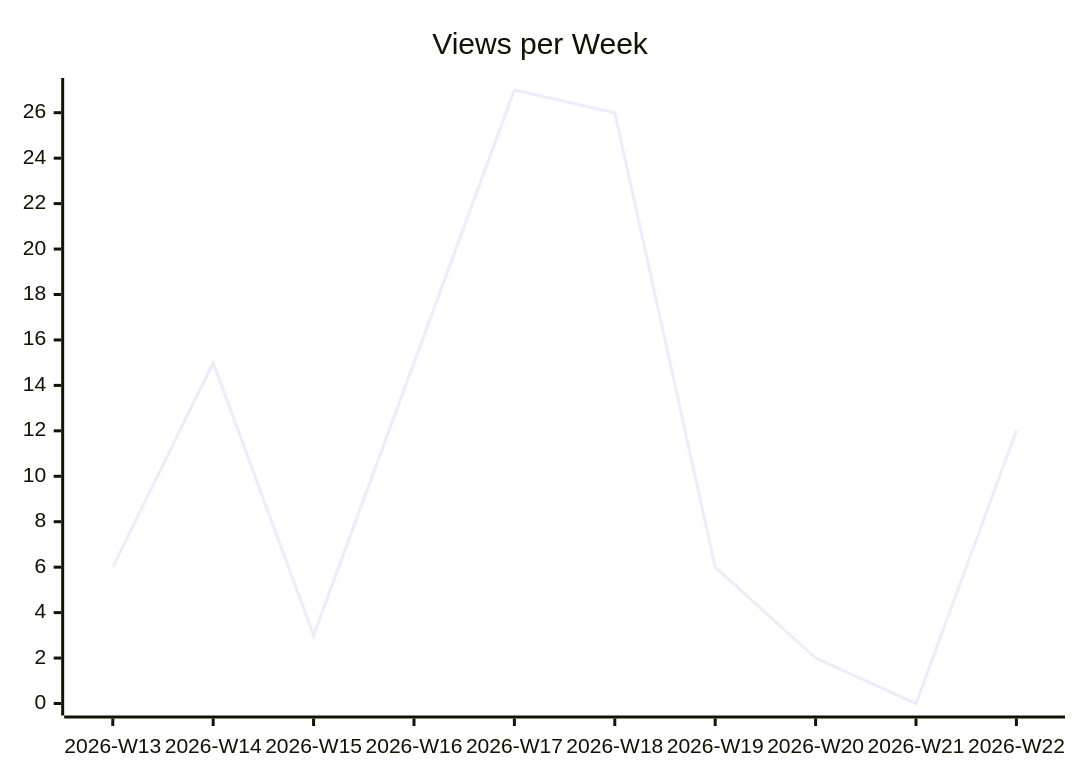
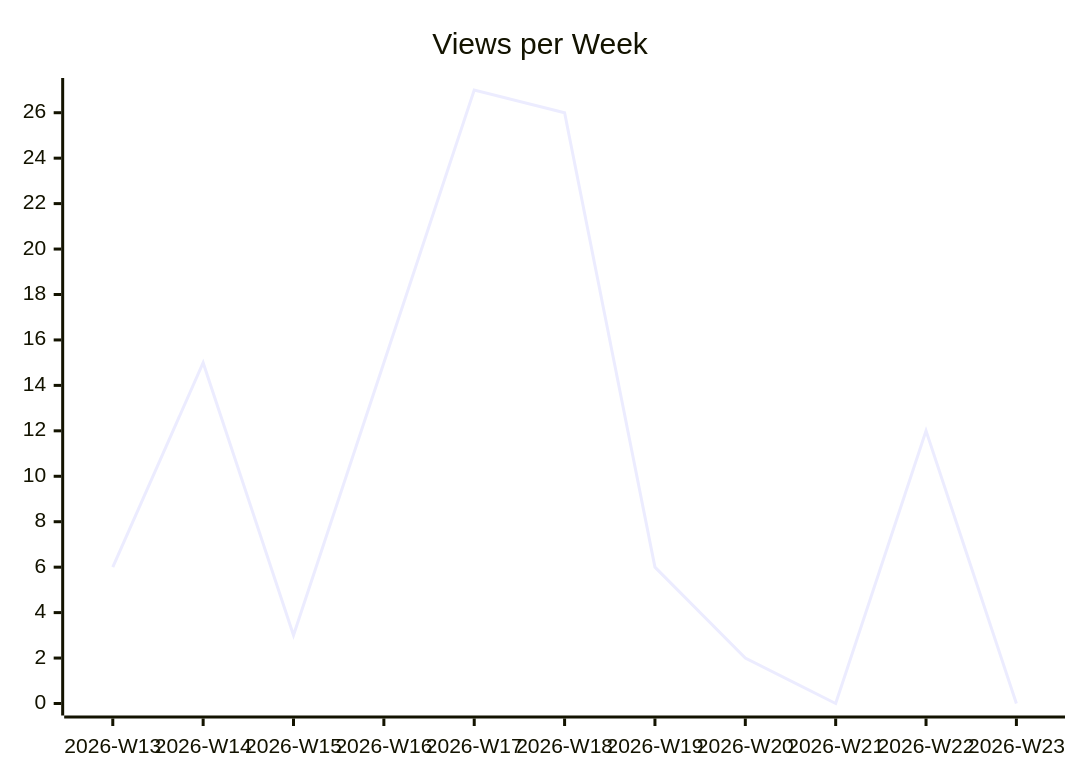
One commit to justdavis-family/github-analytics-data changed the second of 3 diagrams in karlmdavis/ksoap2-android/README.md. Above: the diagram before and after it, drawn with Mermaid. The commit also changed other lines of this file and 186 other files, not shown here.

````diff
--- a/karlmdavis/ksoap2-android/README.md
+++ b/karlmdavis/ksoap2-android/README.md
@@ -12,6 +12,6 @@
 ```mermaid
 xychart-beta
   title "Views per Week"
-  x-axis ["2026-W13", "2026-W14", "2026-W15", "2026-W16", "2026-W17", "2026-W18", "2026-W19", "2026-W20", "2026-W21", "2026-W22"]
-  line [6, 15, 3, 15, 27, 26, 6, 2, 0, 12]
+  x-axis ["2026-W13", "2026-W14", "2026-W15", "2026-W16", "2026-W17", "2026-W18", "2026-W19", "2026-W20", "2026-W21", "2026-W22", "2026-W23"]
+  line [6, 15, 3, 15, 27, 26, 6, 2, 0, 12, 0]
 ```
````
